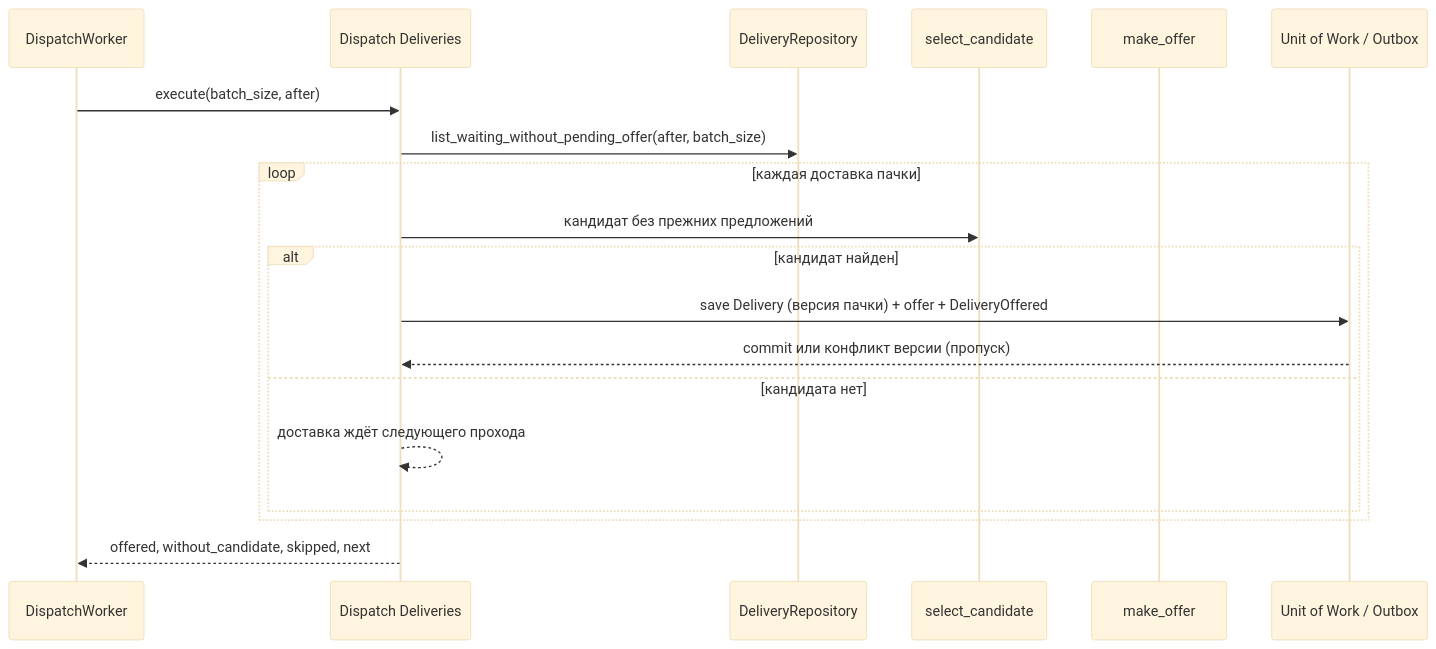
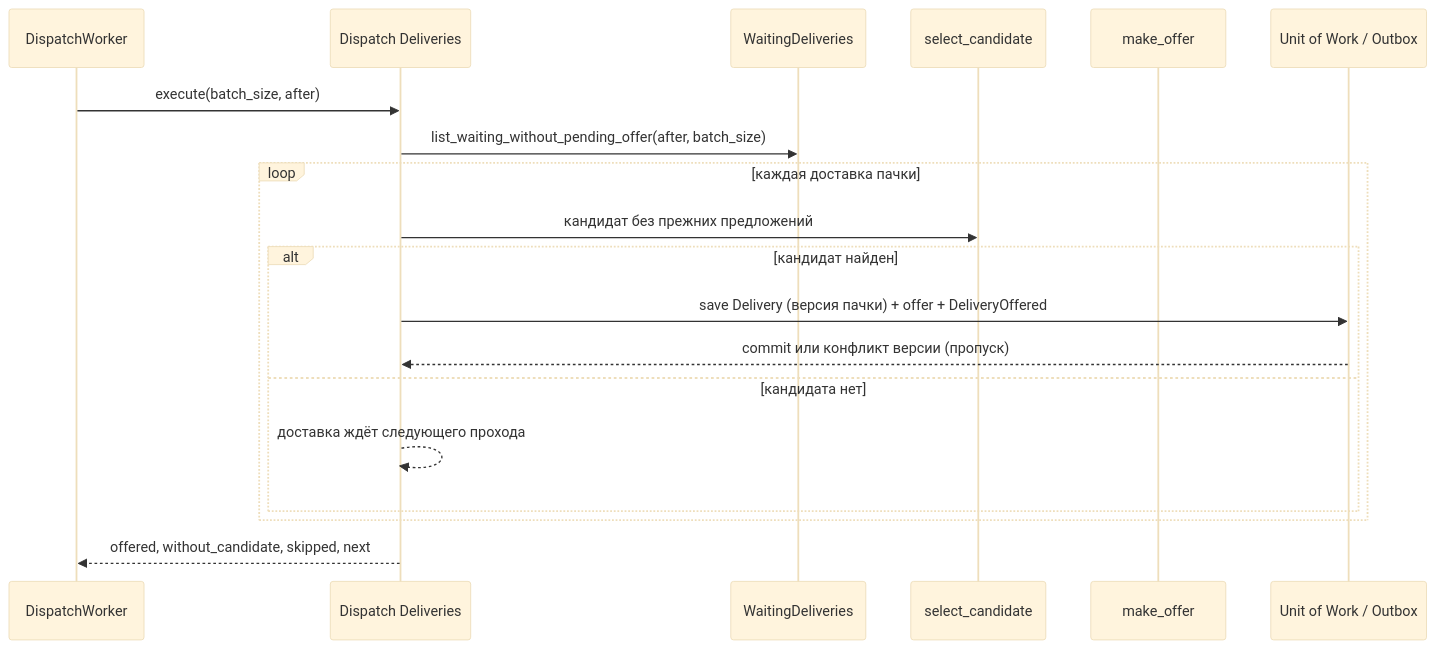
Before and after one commit to batazor/nomnom: the diagram in boundaries/delivery/slices/delivery/applications/dispatch_deliveries/README.md, drawn with Mermaid (base theme). The commit also changed other lines of this file and 14 other files, not shown here.

First line of the commit message:
refactor(delivery): move the waiting-deliveries query to a PostgreSQL-only port

````diff
--- a/boundaries/delivery/slices/delivery/applications/dispatch_deliveries/README.md
+++ b/boundaries/delivery/slices/delivery/applications/dispatch_deliveries/README.md
@@ -18,21 +18,21 @@
 ```mermaid
 sequenceDiagram
     participant Worker as DispatchWorker
     participant App as Dispatch Deliveries
-    participant Repo as DeliveryRepository
+    participant Repo as WaitingDeliveries
     participant Find as select_candidate
     participant Offer as make_offer
     participant Store as Unit of Work / Outbox
     Worker->>App: execute(batch_size, after)
     App->>Repo: list_waiting_without_pending_offer(after, batch_size)
     loop каждая доставка пачки
         App->>Find: кандидат без прежних предложений
         alt кандидат найден
             App->>Store: save Delivery (версия пачки) + offer + DeliveryOffered
             Store-->>App: commit или конфликт версии (пропуск)
         else кандидата нет
             App-->>App: доставка ждёт следующего прохода
         end
     end
     App-->>Worker: offered, without_candidate, skipped, next
 ```
````
